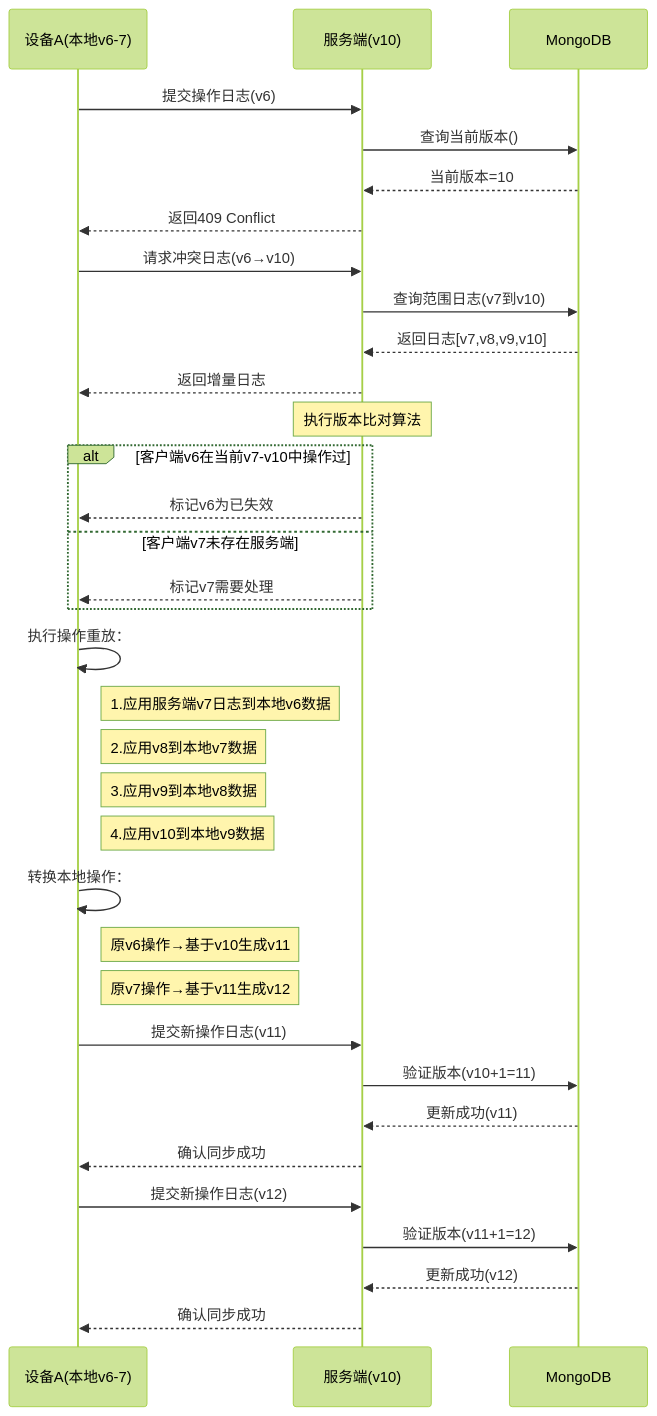
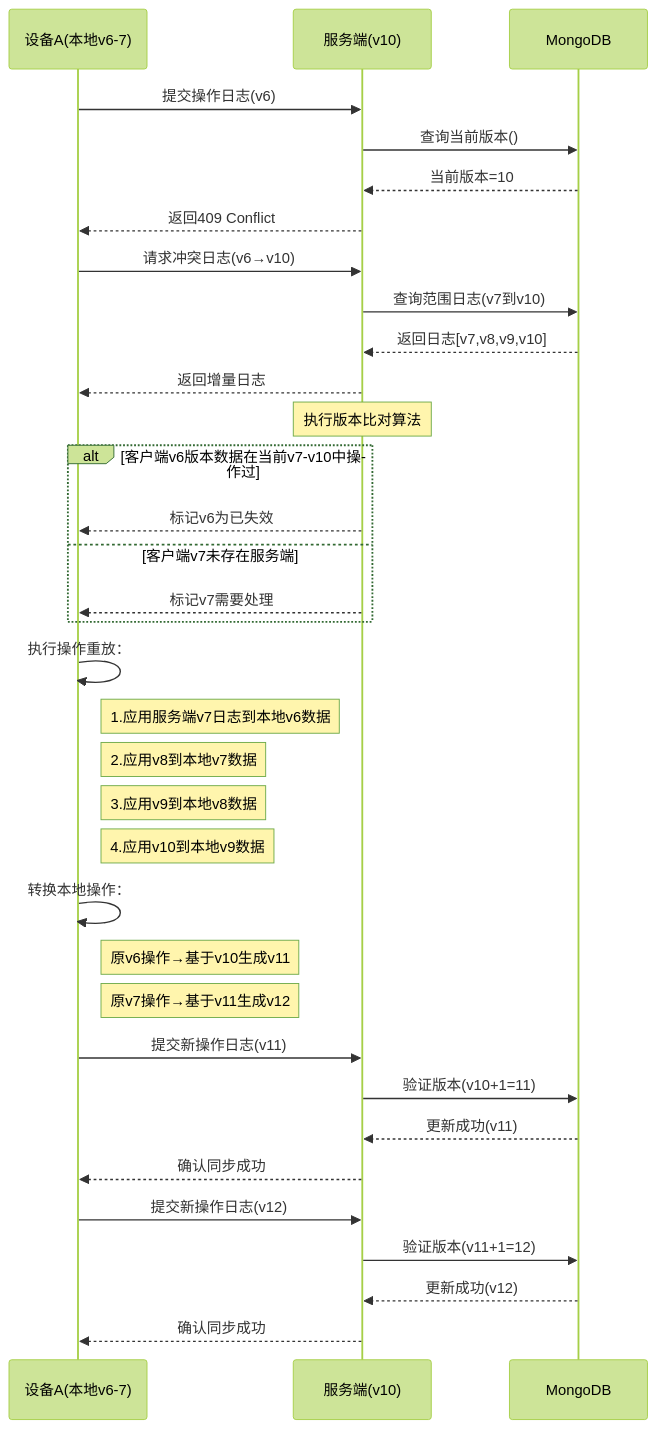
The diagram in all/未命名-26.md (yingjianzh/iodraw-files), drawn with Mermaid (forest theme) before and after one commit.

Commit message:
2025-02-26 16:47:25 update

````diff
--- a/all/未命名-26.md
+++ b/all/未命名-26.md
@@ -1,49 +1,49 @@
 ```mermaid
 sequenceDiagram
     participant A as 设备A(本地v6-7)
     participant S as 服务端(v10)
     participant DB as MongoDB
 
     %% 初始同步尝试
     A->>S: 提交操作日志(v6)
     S->>DB: 查询当前版本()
     DB-->>S: 当前版本=10
     S-->>A: 返回409 Conflict
 
     %% 冲突解决阶段
     A->>S: 请求冲突日志(v6→v10)
     S->>DB: 查询范围日志(v7到v10)
     DB-->>S: 返回日志[v7,v8,v9,v10]
     S-->>A: 返回增量日志
 
 
     Note over S: 执行版本比对算法
-    alt 客户端v6在当前v7-v10中操作过
+    alt 客户端v6版本数据在当前v7-v10中操作过
         S-->>A: 标记v6为已失效
     else 客户端v7未存在服务端
         S-->>A: 标记v7需要处理
     end
 
     %% 本地数据重建
     A->>A: 执行操作重放：
     note right of A: 1.应用服务端v7日志到本地v6数据
     note right of A: 2.应用v8到本地v7数据
     note right of A: 3.应用v9到本地v8数据
     note right of A: 4.应用v10到本地v9数据
 
     %% 本地操作转换
     A->>A: 转换本地操作：
     note right of A: 原v6操作→基于v10生成v11
     note right of A: 原v7操作→基于v11生成v12
 
     %% 重新提交
     A->>S: 提交新操作日志(v11)
     S->>DB: 验证版本(v10+1=11)
     DB-->>S: 更新成功(v11)
     S-->>A: 确认同步成功
 
     A->>S: 提交新操作日志(v12)
     S->>DB: 验证版本(v11+1=12)
     DB-->>S: 更新成功(v12)
     S-->>A: 确认同步成功
 ```
````
